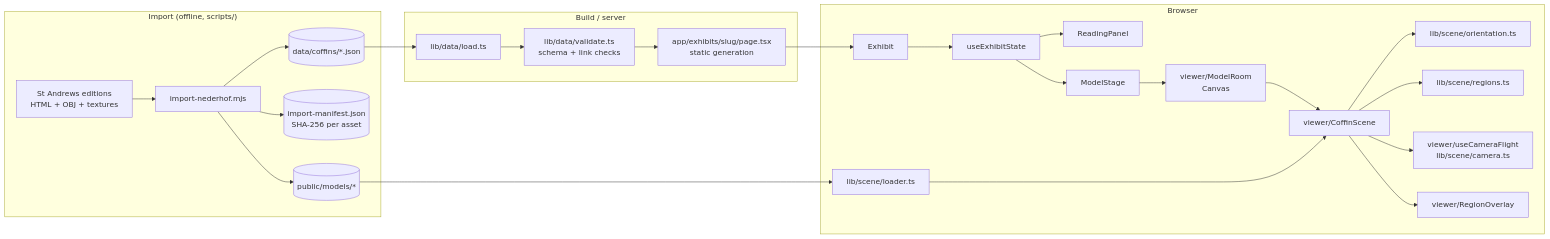
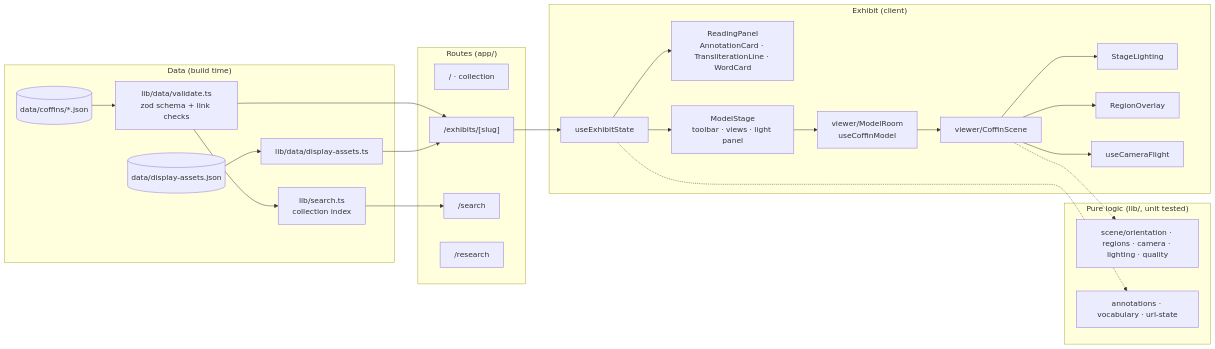
The diagram in docs/ARCHITECTURE.md (tantancodes/bd3d-website), drawn with Mermaid before and after one commit. The commit also changed other lines of this file and 17 other files, not shown here.

````diff
--- a/docs/ARCHITECTURE.md
+++ b/docs/ARCHITECTURE.md
@@ -5,30 +5,33 @@
 ```mermaid
 flowchart LR
-  subgraph Import["Import (offline, scripts/)"]
-    SRC[St Andrews editions<br/>HTML + OBJ + textures] --> IMP[import-nederhof.mjs]
-    IMP --> JSON[(data/coffins/*.json)]
-    IMP --> MAN[(import-manifest.json<br/>SHA-256 per asset)]
-    IMP --> ASSETS[(public/models/*)]
+  subgraph Data["Data (build time)"]
+    JSON[(data/coffins/*.json)] --> VAL[lib/data/validate.ts<br/>zod schema + link checks]
+    DA[(data/display-assets.json)] --> DM[lib/data/display-assets.ts]
+    VAL --> SI[lib/search.ts<br/>collection index]
   end
-
-  subgraph Server["Build / server"]
-    JSON --> LOAD[lib/data/load.ts]
-    LOAD --> VAL[lib/data/validate.ts<br/>schema + link checks]
-    VAL --> PAGE[app/exhibits/slug/page.tsx<br/>static generation]
+  subgraph Pages["Routes (app/)"]
+    HOME["/ · collection"]
+    EXH["/exhibits/[slug]"]
+    SEARCH["/search"]
+    RES["/research"]
   end
-
-  subgraph Client["Browser"]
-    PAGE --> EX[Exhibit]
-    EX --> STATE[useExhibitState]
-    STATE --> PANEL[ReadingPanel]
-    STATE --> STAGE[ModelStage]
-    STAGE --> ROOM[viewer/ModelRoom<br/>Canvas]
+  VAL --> EXH
+  DM --> EXH
+  SI --> SEARCH
+  subgraph Exhibit["Exhibit (client)"]
+    STATE[useExhibitState] --> PANEL[ReadingPanel<br/>AnnotationCard · TransliterationLine · WordCard]
+    STATE --> STAGE[ModelStage<br/>toolbar · views · light panel]
+    STAGE --> ROOM[viewer/ModelRoom<br/>useCoffinModel]
     ROOM --> SCENE[viewer/CoffinScene]
-    ASSETS --> LOADER[lib/scene/loader.ts]
-    LOADER --> SCENE
-    SCENE --> ORI[lib/scene/orientation.ts]
-    SCENE --> PICK[lib/scene/regions.ts]
-    SCENE --> CAM[viewer/useCameraFlight<br/>lib/scene/camera.ts]
-    SCENE --> OVL[viewer/RegionOverlay]
+    SCENE --> LIGHT[StageLighting]
+    SCENE --> OVL[RegionOverlay]
+    SCENE --> CAM[useCameraFlight]
   end
+  EXH --> STATE
+  subgraph Lib["Pure logic (lib/, unit tested)"]
+    SC[scene/orientation · regions · camera · lighting · quality]
+    AN[annotations · vocabulary · url-state]
+  end
+  SCENE -.-> SC
+  STATE -.-> AN
 ```
````
